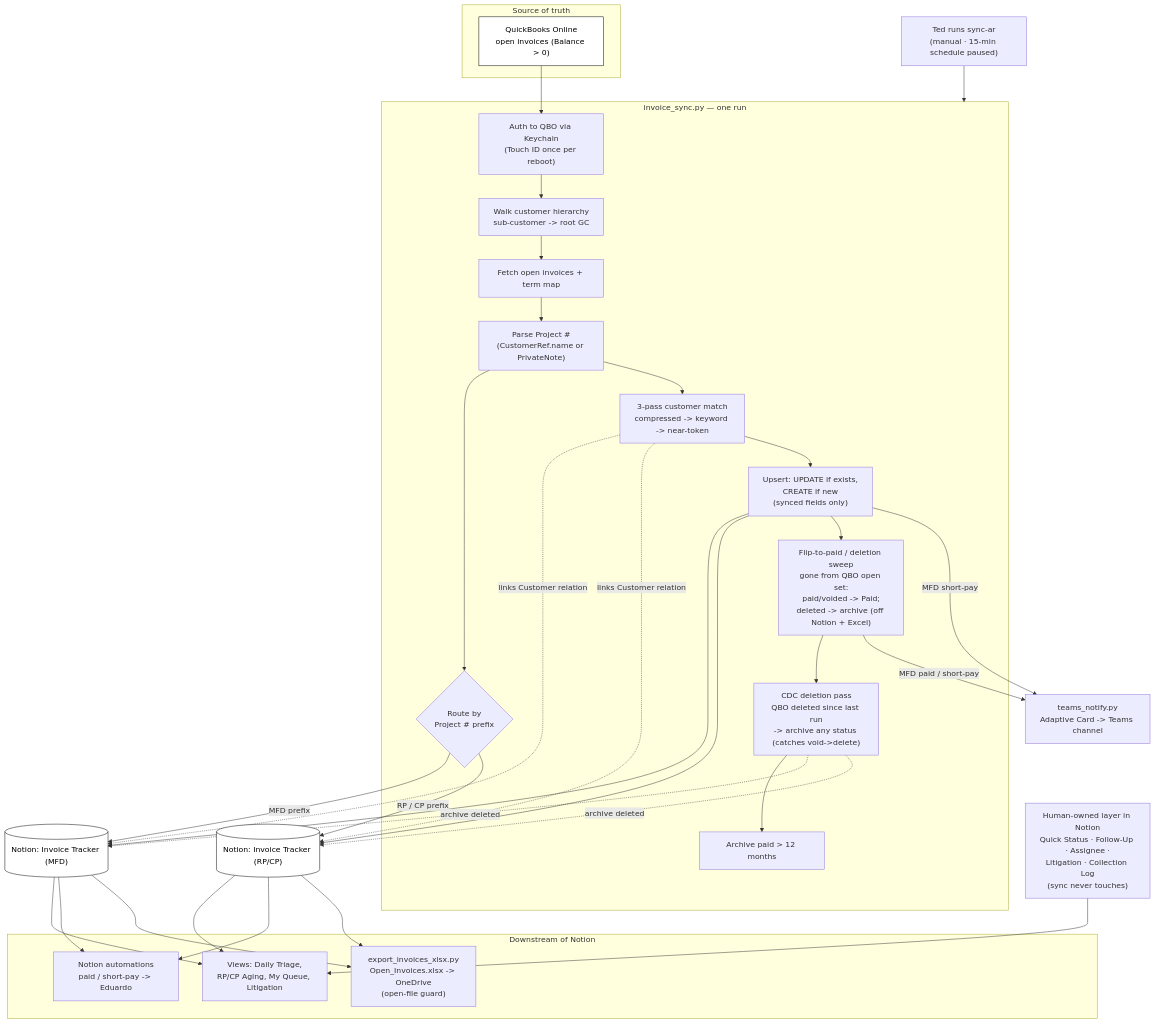
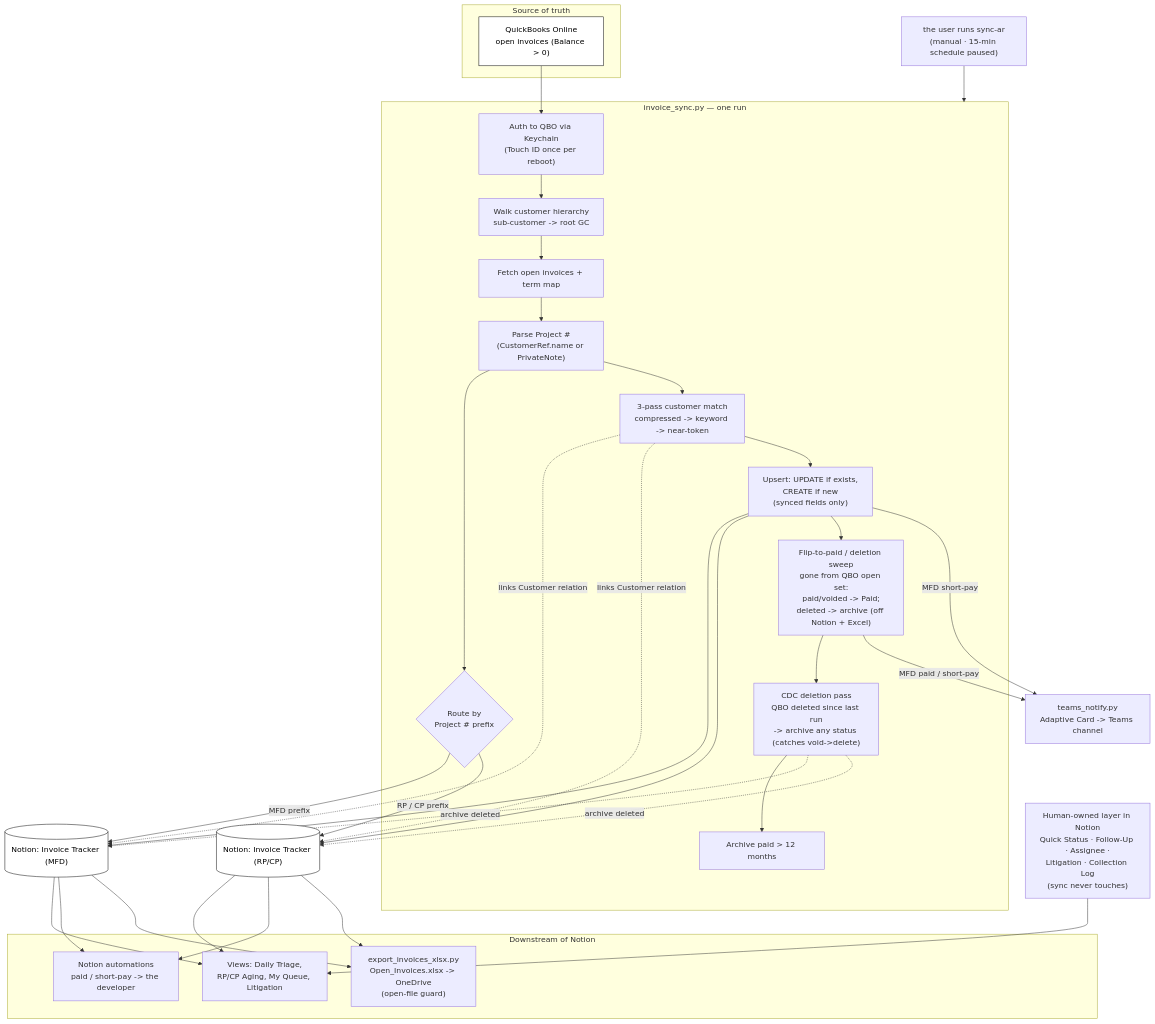
One commit to Ecarlo-Proficient/Claude-Report changed the diagram in docs/Invoice Tracker — System Reference.md. Above: the diagram before and after it, drawn with Mermaid. The commit also changed other lines of this file and 31 other files, not shown here.

````diff
--- a/docs/Invoice Tracker — System Reference.md
+++ b/docs/Invoice Tracker — System Reference.md
@@ -440,56 +440,56 @@
 ```mermaid
 flowchart TD
     subgraph SRC["Source of truth"]
         QBO["QuickBooks Online<br/>open invoices (Balance > 0)"]
     end
 
-    TRIG["Ted runs sync-ar<br/>(manual · 15-min schedule paused)"] --> RUN
+    TRIG["the user runs sync-ar<br/>(manual · 15-min schedule paused)"] --> RUN
 
     subgraph RUN["invoice_sync.py — one run"]
         AUTH["Auth to QBO via Keychain<br/>(Touch ID once per reboot)"]
         HIER["Walk customer hierarchy<br/>sub-customer -> root GC"]
         FETCH["Fetch open invoices + term map"]
         PARSE["Parse Project #<br/>(CustomerRef.name or PrivateNote)"]
         ROUTE{"Route by<br/>Project # prefix"}
         MATCH["3-pass customer match<br/>compressed -> keyword -> near-token"]
         UPSERT["Upsert: UPDATE if exists,<br/>CREATE if new<br/>(synced fields only)"]
         FLIP["Flip-to-paid / deletion sweep<br/>gone from QBO open set:<br/>paid/voided -> Paid;<br/>deleted -> archive (off Notion + Excel)"]
         CDCP["CDC deletion pass<br/>QBO deleted since last run<br/>-> archive any status (catches void->delete)"]
         ARCH["Archive paid > 12 months"]
     end
 
     QBO --> AUTH --> HIER --> FETCH --> PARSE --> ROUTE
     ROUTE -->|MFD prefix| MFDDB[("Notion: Invoice Tracker (MFD)")]
     ROUTE -->|RP / CP prefix| RPCPDB[("Notion: Invoice Tracker (RP/CP)")]
     MATCH -. links Customer relation .-> MFDDB
     MATCH -. links Customer relation .-> RPCPDB
     PARSE --> MATCH
     MATCH --> UPSERT --> MFDDB
     UPSERT --> RPCPDB
     UPSERT --> FLIP --> CDCP --> ARCH
     CDCP -. archive deleted .-> MFDDB
     CDCP -. archive deleted .-> RPCPDB
 
     subgraph DOWN["Downstream of Notion"]
         VIEWS["Views: Daily Triage,<br/>RP/CP Aging, My Queue, Litigation"]
-        AUTOM["Notion automations<br/>paid / short-pay -> Eduardo"]
+        AUTOM["Notion automations<br/>paid / short-pay -> the developer"]
         XLSX["export_invoices_xlsx.py<br/>Open_Invoices.xlsx -> OneDrive<br/>(open-file guard)"]
     end
 
     MFDDB --> VIEWS
     RPCPDB --> VIEWS
     MFDDB --> AUTOM
     RPCPDB --> AUTOM
     MFDDB --> XLSX
     RPCPDB --> XLSX
 
     FLIP -->|MFD paid / short-pay| TEAMS["teams_notify.py<br/>Adaptive Card -> Teams channel"]
     UPSERT -->|MFD short-pay| TEAMS
 
     HUMAN["Human-owned layer in Notion<br/>Quick Status · Follow-Up · Assignee ·<br/>Litigation · Collection Log<br/>(sync never touches)"] --> VIEWS
 
     classDef src fill:#fff,stroke:#000,color:#000
     classDef notion fill:#fff,stroke:#000,color:#000
     class QBO src
     class MFDDB,RPCPDB notion
 ```
````
